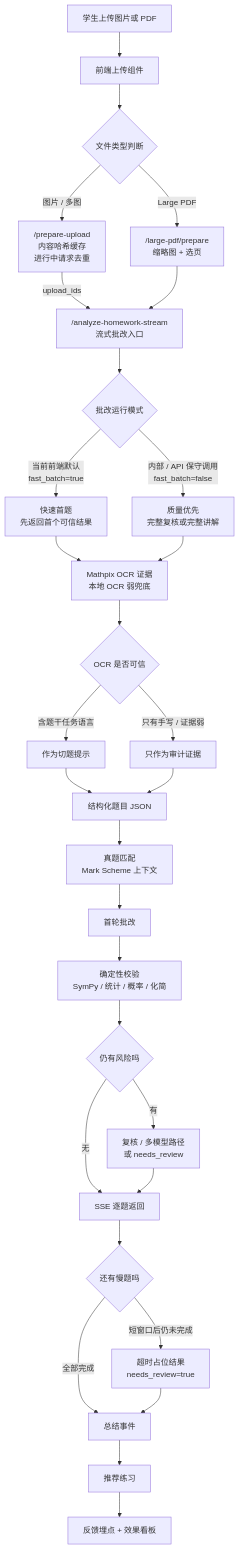
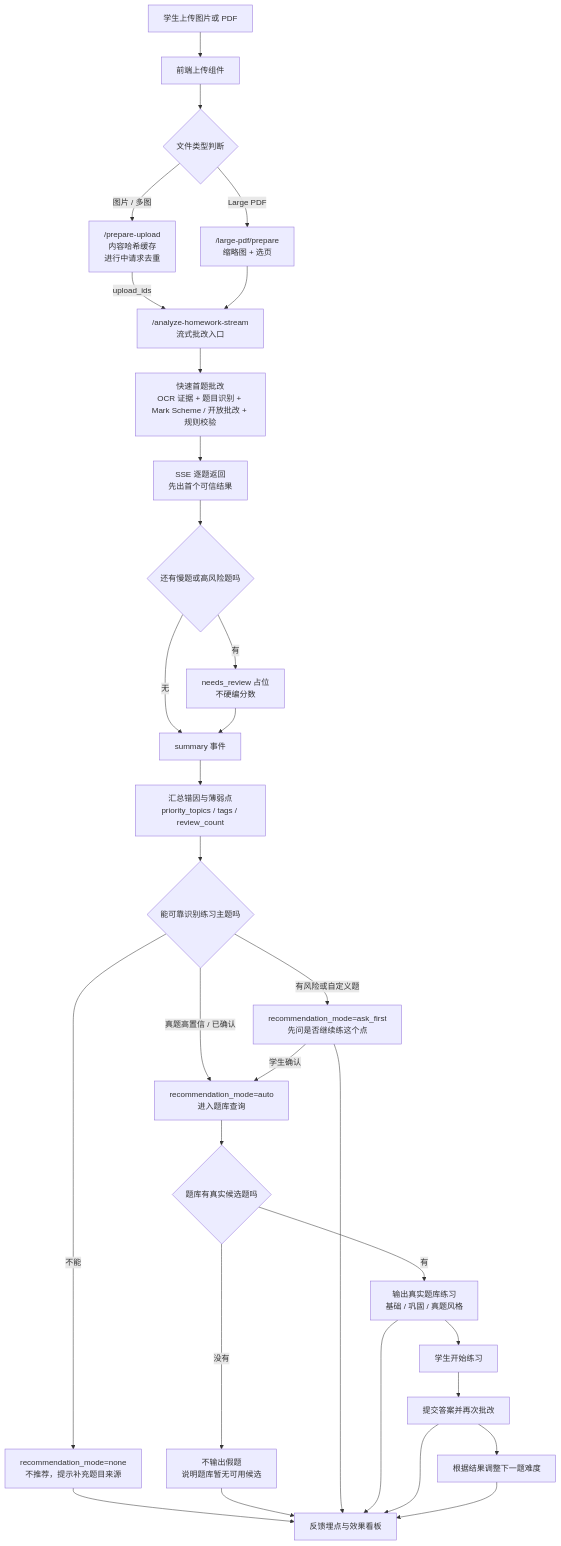
One commit to berylinureye/alevel-assistant changed the diagram in docs/runtime-pipeline-and-benchmarks.md. Above: the diagram before and after it, drawn with Mermaid. The commit also changed other lines of this file, not shown here.

Commit message:
docs: refocus runtime flow on practice loop

````diff
--- a/docs/runtime-pipeline-and-benchmarks.md
+++ b/docs/runtime-pipeline-and-benchmarks.md
@@ -26,37 +26,38 @@
 ```mermaid
 flowchart TD
   U["学生上传图片或 PDF"] --> F["前端上传组件"]
   F --> P{"文件类型判断"}
 
   P -->|"图片 / 多图"| C["/prepare-upload<br/>内容哈希缓存<br/>进行中请求去重"]
   C -->|"upload_ids"| S["/analyze-homework-stream<br/>流式批改入口"]
   P -->|"Large PDF"| L["/large-pdf/prepare<br/>缩略图 + 选页"]
   L --> S
 
-  S --> R{"批改运行模式"}
-  R -->|"当前前端默认<br/>fast_batch=true"| I["快速首题<br/>先返回首个可信结果"]
-  R -->|"内部 / API 保守调用<br/>fast_batch=false"| G["质量优先<br/>完整复核或完整讲解"]
+  S --> Q["快速首题批改<br/>OCR 证据 + 题目识别 + Mark Scheme / 开放批改 + 规则校验"]
+  Q --> E["SSE 逐题返回<br/>先出首个可信结果"]
+  E --> T{"还有慢题或高风险题吗"}
+  T -->|"有"| N["needs_review 占位<br/>不硬编分数"]
+  T -->|"无"| Z["summary 事件"]
+  N --> Z
 
-  I --> O["Mathpix OCR 证据<br/>本地 OCR 弱兜底"]
-  G --> O
-  O --> Q{"OCR 是否可信"}
-  Q -->|"含题干任务语言"| H["作为切题提示"]
-  Q -->|"只有手写 / 证据弱"| A["只作为审计证据"]
+  Z --> A["汇总错因与薄弱点<br/>priority_topics / tags / review_count"]
+  A --> M{"能可靠识别练习主题吗"}
+  M -->|"不能"| X["recommendation_mode=none<br/>不推荐，提示补充题目来源"]
+  M -->|"有风险或自定义题"| Y["recommendation_mode=ask_first<br/>先问是否继续练这个点"]
+  M -->|"真题高置信 / 已确认"| R["recommendation_mode=auto<br/>进入题库查询"]
+  Y -->|"学生确认"| R
 
-  H --> X["结构化题目 JSON"]
-  A --> X
-  X --> M["真题匹配<br/>Mark Scheme 上下文"]
-  M --> B["首轮批改"]
-  B --> V["确定性校验<br/>SymPy / 统计 / 概率 / 化简"]
-  V --> D{"仍有风险吗"}
-  D -->|"有"| W["复核 / 多模型路径<br/>或 needs_review"]
-  D -->|"无"| E["SSE 逐题返回"]
-  W --> E
+  R --> B{"题库有真实候选题吗"}
+  B -->|"有"| K["输出真实题库练习<br/>基础 / 巩固 / 真题风格"]
+  B -->|"没有"| X2["不输出假题<br/>说明题库暂无可用候选"]
+  K --> G["学生开始练习"]
+  G --> H["提交答案并再次批改"]
+  H --> I["根据结果调整下一题难度"]
 
-  E --> T{"还有慢题吗"}
-  T -->|"短窗口后仍未完成"| N["超时占位结果<br/>needs_review=true"]
-  T -->|"全部完成"| Z["总结事件"]
-  N --> Z
-  Z --> K["推荐练习"]
-  K --> J["反馈埋点 + 效果看板"]
+  X --> J["反馈埋点与效果看板"]
+  X2 --> J
+  Y --> J
+  K --> J
+  H --> J
+  I --> J
 ```
````
